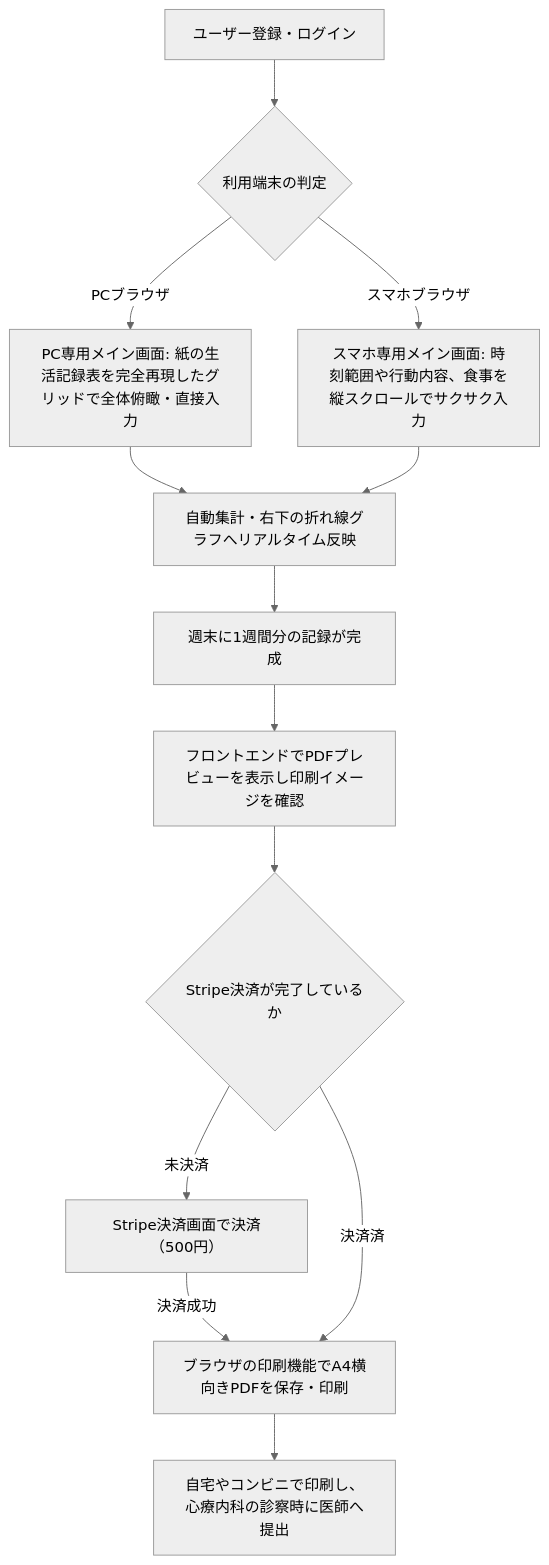
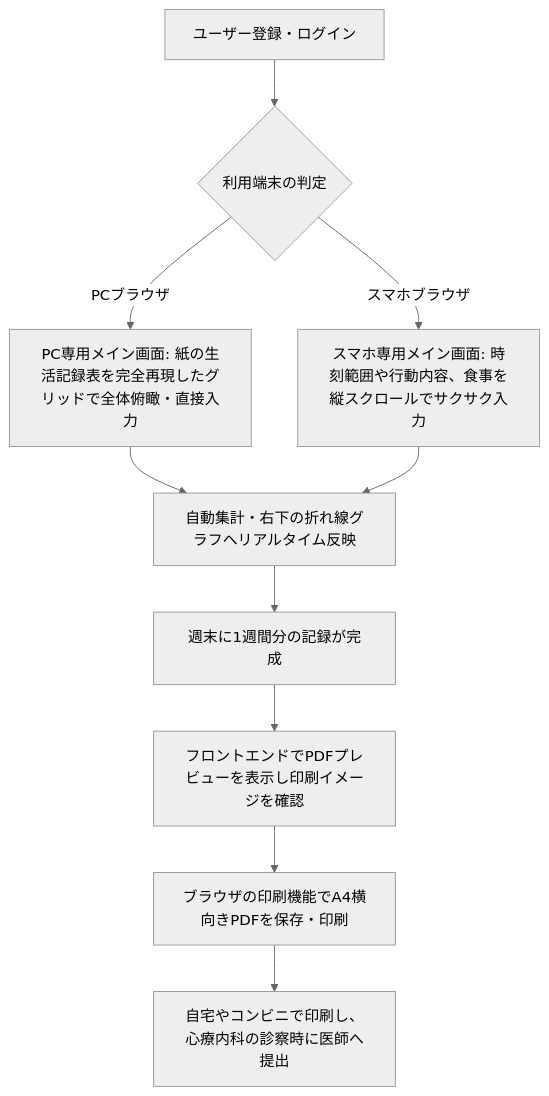
One commit to fm5889rx/repace-app changed the diagram in docs/要件定義書.md. Above: the diagram before and after it, drawn with Mermaid (neutral theme). The commit also changed other lines of this file and 11 other files, not shown here.

````diff
--- a/docs/要件定義書.md
+++ b/docs/要件定義書.md
@@ -74,15 +72,12 @@
 ```mermaid
 flowchart TD
     A[ユーザー登録・ログイン] --> B{利用端末の判定}
     B -- PCブラウザ --> C[PC専用メイン画面: 紙の生活記録表を完全再現したグリッドで全体俯瞰・直接入力]
     B -- スマホブラウザ --> D[スマホ専用メイン画面: 時刻範囲や行動内容、食事を縦スクロールでサクサク入力]
     C --> E[自動集計・右下の折れ線グラフへリアルタイム反映]
     D --> E
     E --> F[週末に1週間分の記録が完成]
     F --> G[フロントエンドでPDFプレビューを表示し印刷イメージを確認]
-    G --> H{Stripe決済が完了しているか}
-    H -- 未決済 --> I[Stripe決済画面で決済（500円）]
-    I -- 決済成功 --> J
-    H -- 決済済 --> J[ブラウザの印刷機能でA4横向きPDFを保存・印刷]
+    G --> J[ブラウザの印刷機能でA4横向きPDFを保存・印刷]
     J --> K[自宅やコンビニで印刷し、心療内科の診察時に医師へ提出]
 ```
````
